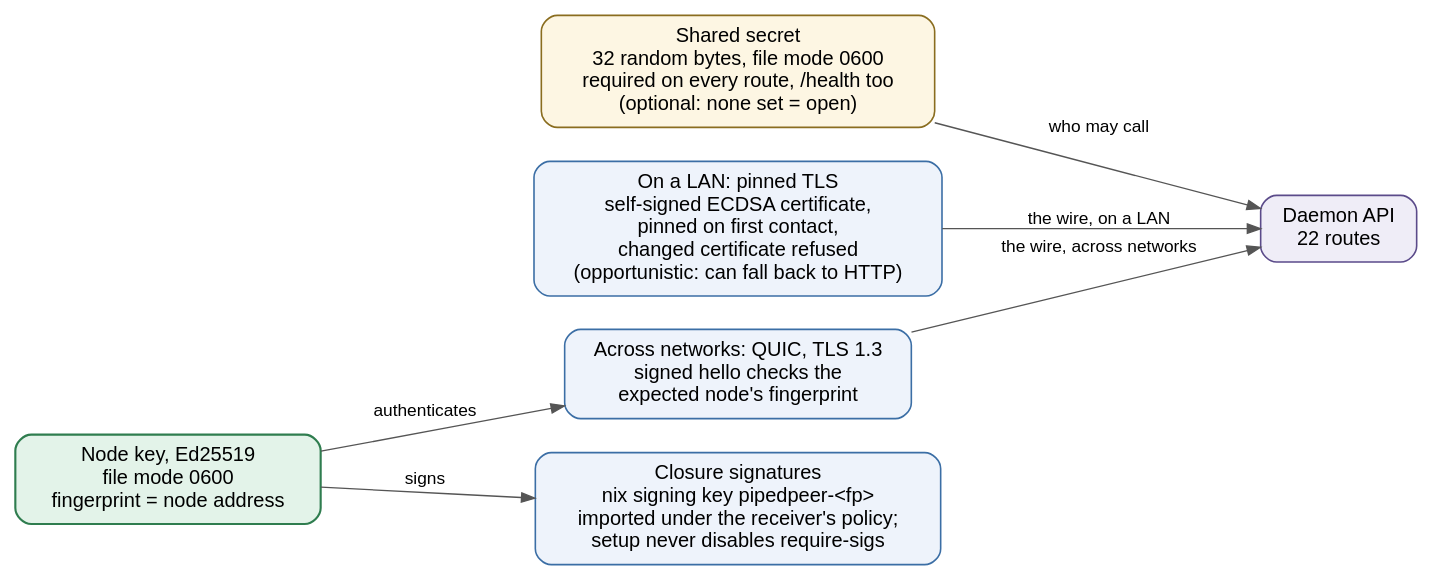
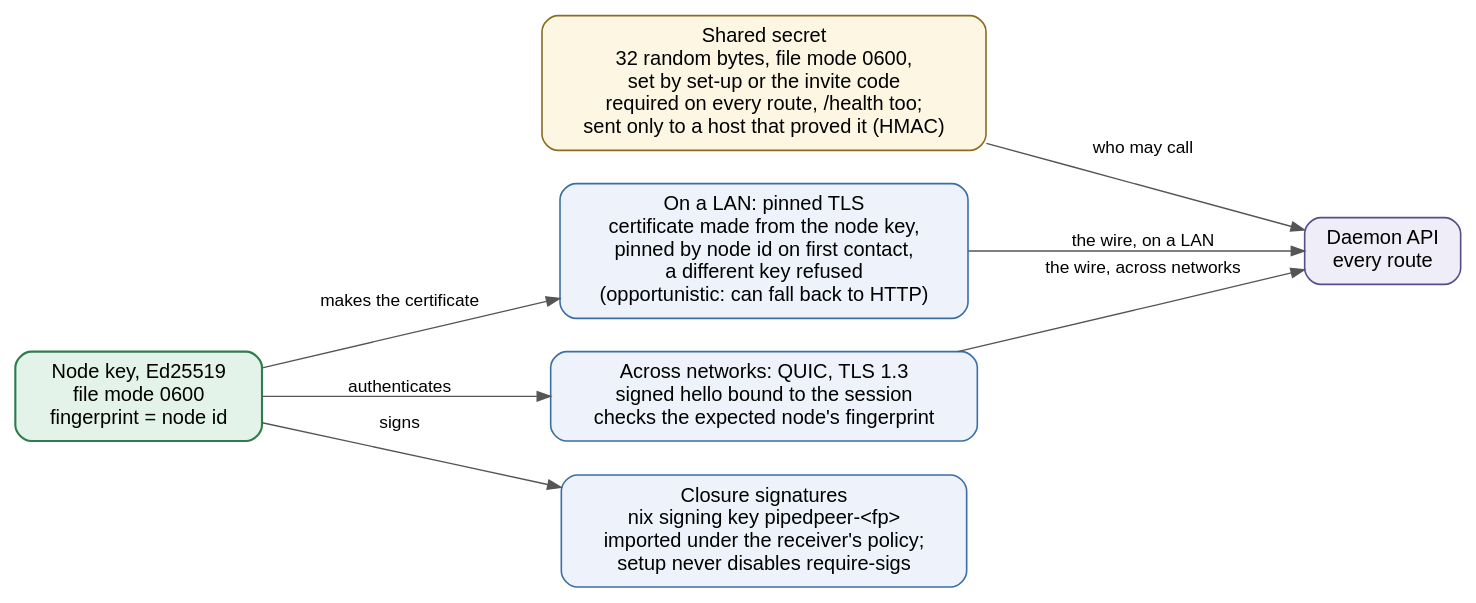
The diagram in docs/diagrams/src/fig_4.2_trust.dot (vinayakyadav2709/Pipedpeer), drawn with Graphviz before and after one commit. The commit also changed 28 other files, not shown here.

```diff
--- a/docs/diagrams/src/fig_4.2_trust.dot
+++ b/docs/diagrams/src/fig_4.2_trust.dot
@@ -1,20 +1,22 @@
-// Figure 4.2 - The three layers of trust, and the one key behind two of them.
+// Figure 4.2 - The three layers of trust, and the one node key behind the wire
+// layers and the closure signatures.
 digraph Trust {
   rankdir=LR; bgcolor="white"; nodesep=0.35; ranksep=0.7;
   node [fontname="Helvetica", fontsize=15, shape=box, style="rounded,filled",
         fillcolor="#eef3fb", color="#3b6ea5", penwidth=1.2, margin="0.18,0.11"];
   edge [fontname="Helvetica", fontsize=13, color="#555555"];
 
-  tok  [label="Shared secret\n32 random bytes, file mode 0600\nrequired on every route, /health too\n(optional: none set = open)", fillcolor="#fdf6e3", color="#8a6d1f"];
-  tls  [label="On a LAN: pinned TLS\nself-signed ECDSA certificate,\npinned on first contact,\nchanged certificate refused\n(opportunistic: can fall back to HTTP)"];
-  quic [label="Across networks: QUIC, TLS 1.3\nsigned hello checks the\nexpected node's fingerprint"];
-  key  [label="Node key, Ed25519\nfile mode 0600\nfingerprint = node address", fillcolor="#e3f3e9", color="#2f7d4f", penwidth=1.6];
+  tok  [label="Shared secret\n32 random bytes, file mode 0600,\nset by set-up or the invite code\nrequired on every route, /health too;\nsent only to a host that proved it (HMAC)", fillcolor="#fdf6e3", color="#8a6d1f"];
+  tls  [label="On a LAN: pinned TLS\ncertificate made from the node key,\npinned by node id on first contact,\na different key refused\n(opportunistic: can fall back to HTTP)"];
+  quic [label="Across networks: QUIC, TLS 1.3\nsigned hello bound to the session\nchecks the expected node's fingerprint"];
+  key  [label="Node key, Ed25519\nfile mode 0600\nfingerprint = node id", fillcolor="#e3f3e9", color="#2f7d4f", penwidth=1.6];
   sig  [label="Closure signatures\nnix signing key pipedpeer-<fp>\nimported under the receiver's policy;\nsetup never disables require-sigs"];
-  api  [label="Daemon API\n22 routes", fillcolor="#efedf7", color="#5b4b8a"];
+  api  [label="Daemon API\nevery route", fillcolor="#efedf7", color="#5b4b8a"];
 
   tok -> api [label="  who may call  "];
   tls -> api [label="  the wire, on a LAN  "];
   quic -> api [label="  the wire, across networks  "];
   key -> quic [label="  authenticates  "];
+  key -> tls [label="  makes the certificate  "];
   key -> sig [label="  signs  "];
 }
```
